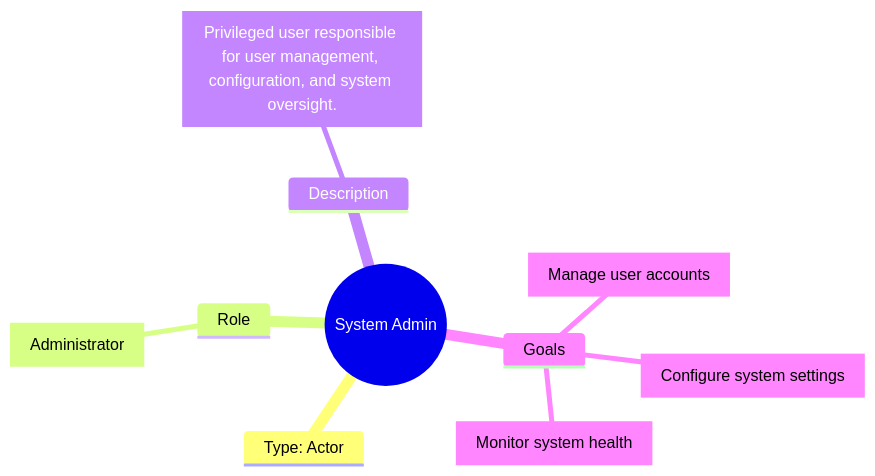
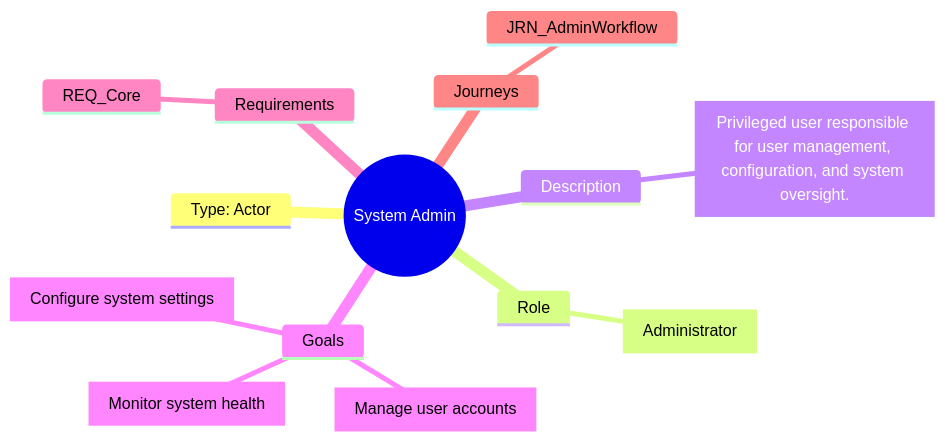
The diagram in packages/core/templates/scaffolds/personas/PER_Admin.mermaid (futurefoundai/foundryspec), drawn with Mermaid before and after one commit. The commit also changed 14 other files, not shown here.

```diff
--- a/packages/core/templates/scaffolds/personas/PER_Admin.mermaid
+++ b/packages/core/templates/scaffolds/personas/PER_Admin.mermaid
@@ -1,16 +1,20 @@
 ---
 title: System Admin
 description: Privileged user responsible for system management.
 id: "PER_Admin"
 ---
 mindmap
   PER_Admin((System Admin))
     Type: Actor
     Role
       ROLE["Administrator"]
     Description
       DESCRIPTION["Privileged user responsible for user management, configuration, and system oversight."]
     Goals
       GOAL_1["Manage user accounts"]
       GOAL_2["Configure system settings"]
       GOAL_3["Monitor system health"]
+    Requirements
+      REQ_Core
+    Journeys
+      JRN_AdminWorkflow
```
